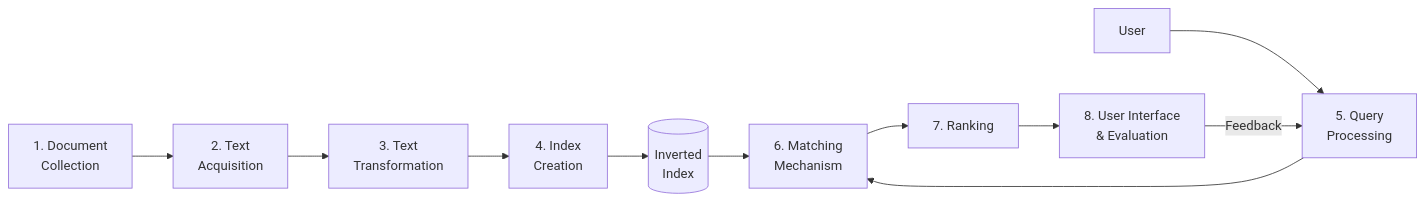
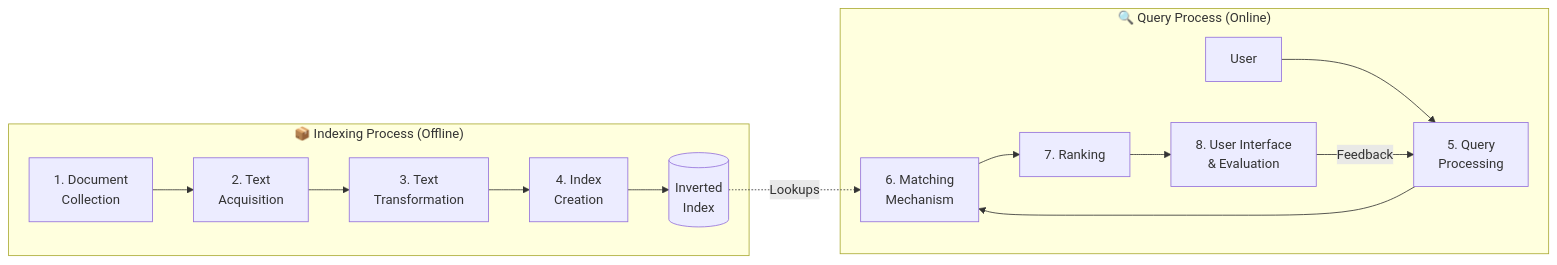
The diagram in IR/Module_1_3_IR_Study_Notes.md (bobbyKhandar/Ly), drawn with Mermaid before and after one commit. The commit also changed other lines of this file and 7 other files, not shown here.

````diff
--- a/IR/Module_1_3_IR_Study_Notes.md
+++ b/IR/Module_1_3_IR_Study_Notes.md
@@ -9,14 +11,18 @@
 ```mermaid
 flowchart LR
-    A[1. Document\nCollection] --> B[2. Text\nAcquisition]
-    B --> C[3. Text\nTransformation]
-    C --> D[4. Index\nCreation]
-    D --> E[(Inverted\nIndex)]
+    subgraph OFFLINE ["📦 Indexing Process (Offline)"]
+        A[1. Document\nCollection] --> B[2. Text\nAcquisition]
+        B --> C[3. Text\nTransformation]
+        C --> D[4. Index\nCreation]
+        D --> E[(Inverted\nIndex)]
+    end
 
-    F[User] --> G[5. Query\nProcessing]
-    G --> H[6. Matching\nMechanism]
-    E --> H
-    H --> I[7. Ranking]
-    I --> J[8. User Interface\n& Evaluation]
-    J -->|Feedback| G
+    subgraph ONLINE ["🔍 Query Process (Online)"]
+        F[User] --> G[5. Query\nProcessing]
+        G --> H[6. Matching\nMechanism]
+        E -.->|Lookups| H
+        H --> I[7. Ranking]
+        I --> J[8. User Interface\n& Evaluation]
+        J -->|Feedback| G
+    end
 ```
````
